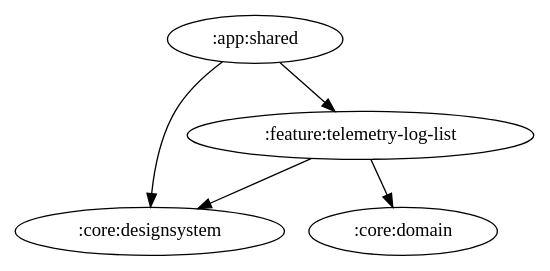
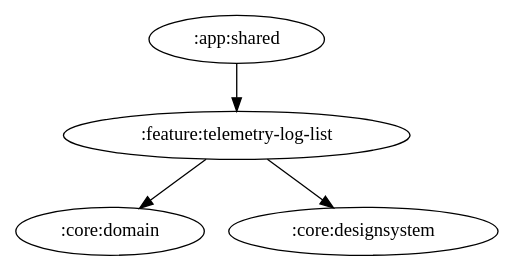
The diagram in docs/graphs/feature-telemetry-log-list.gv (ai-kurou/KoDriver), drawn with Graphviz before and after one commit. The commit also changed 37 other files, not shown here.

Commit message:
chore: update module graph images

```diff
--- a/docs/graphs/feature-telemetry-log-list.gv
+++ b/docs/graphs/feature-telemetry-log-list.gv
@@ -1,7 +1,6 @@
 digraph G {
   rankdir=TB
-  ":app:shared" -> ":core:designsystem"
   ":app:shared" -> ":feature:telemetry-log-list"
   ":feature:telemetry-log-list" -> ":core:domain"
   ":feature:telemetry-log-list" -> ":core:designsystem"
 }
```
